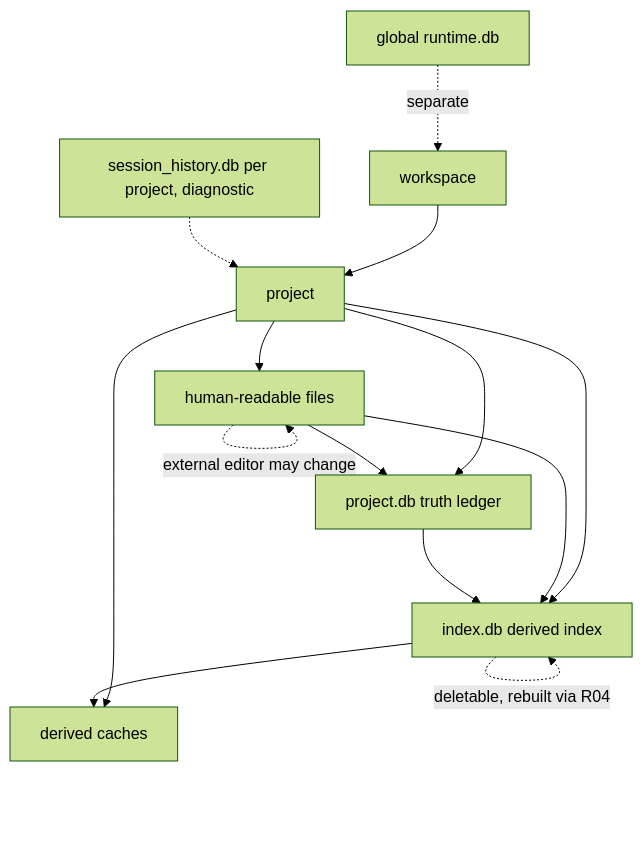
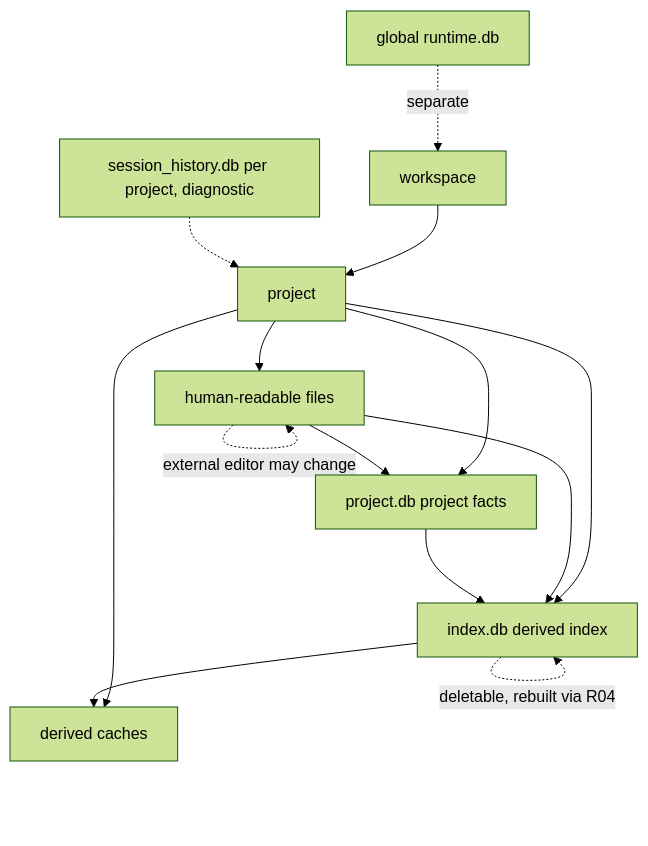
One commit to jinhuang712/open-novel changed the first of 3 diagrams in spec/S14-project-storage.md. Above: the diagram before and after it, drawn with Mermaid (forest theme). The commit also changed other lines of this file and 12 other files, not shown here.

````diff
--- a/spec/S14-project-storage.md
+++ b/spec/S14-project-storage.md
@@ -93,18 +93,18 @@
 ```mermaid
 flowchart TB
   Workspace[workspace]
   Workspace --> ProjectA[project]
   ProjectA --> Files[human-readable files]
-  ProjectA --> FactDB[project.db truth ledger]
+  ProjectA --> FactDB[project.db project facts]
   ProjectA --> IndexDB[index.db derived index]
   ProjectA --> Derived[derived caches]
   Runtime[global runtime.db] -.separate.-> Workspace
   Session[session_history.db per project, diagnostic] -.-> ProjectA
 
   Files --> FactDB
   Files --> IndexDB
   FactDB --> IndexDB
   IndexDB --> Derived
   Files -.external editor may change.-> Files
   IndexDB -.deletable, rebuilt via R04.-> IndexDB
 ```
````
